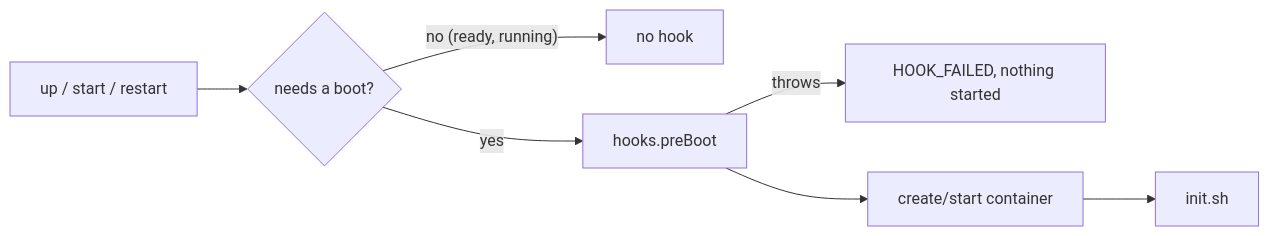
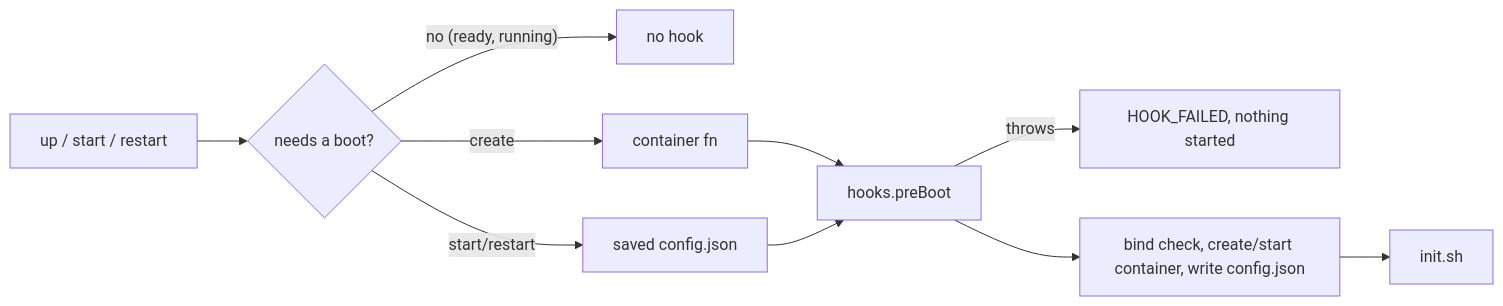
The second of 3 diagrams in docs/authoring-setup.md (lyonbot/wtc), drawn with Mermaid before and after one commit. The commit also changed other lines of this file and 13 other files, not shown here.

Commit message:
feat(setup): container config as object|function, config.json snapshot with annotations, preBoot gets config

````diff
--- a/docs/authoring-setup.md
+++ b/docs/authoring-setup.md
@@ -40,7 +48,9 @@
 ```mermaid
 flowchart LR
   U[up / start / restart] --> H{needs a boot?}
   H -- no (ready, running) --> X[no hook]
-  H -- yes --> P[hooks.preBoot] -->|throws| F[HOOK_FAILED, nothing started]
-  P --> B[create/start container] --> I[init.sh]
+  H -- create --> C[container fn] --> P
+  H -- start/restart --> S[saved config.json] --> P[hooks.preBoot]
+  P -->|throws| F[HOOK_FAILED, nothing started]
+  P --> B[bind check, create/start container, write config.json] --> I[init.sh]
 ```
````
